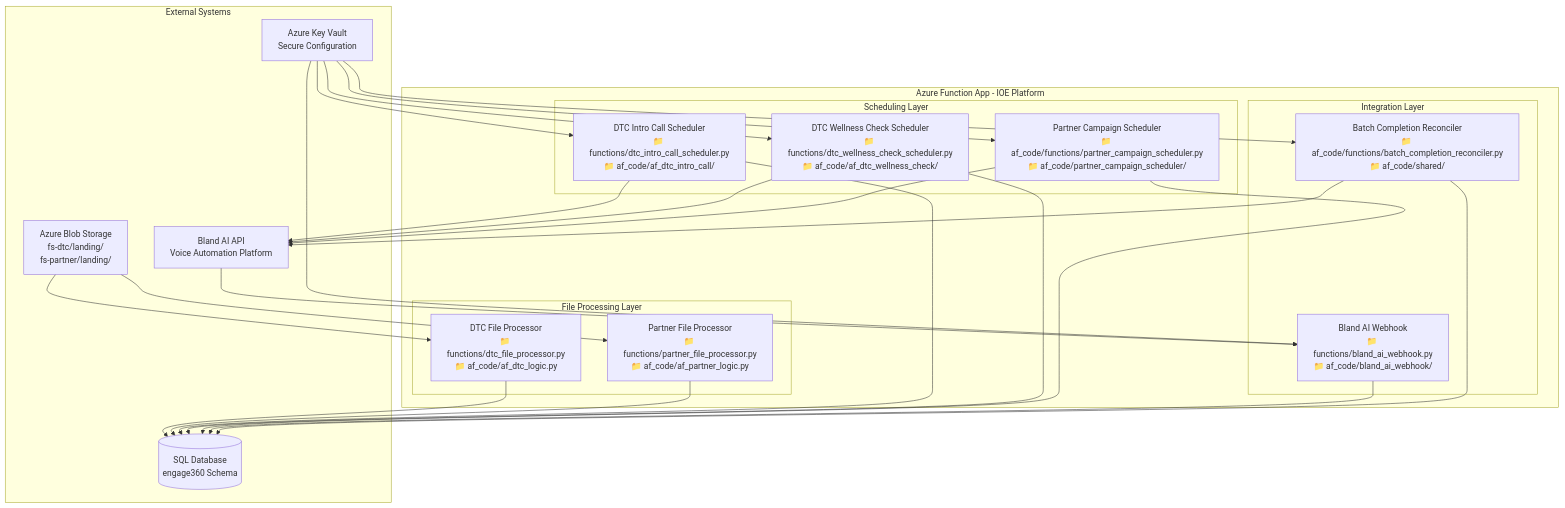
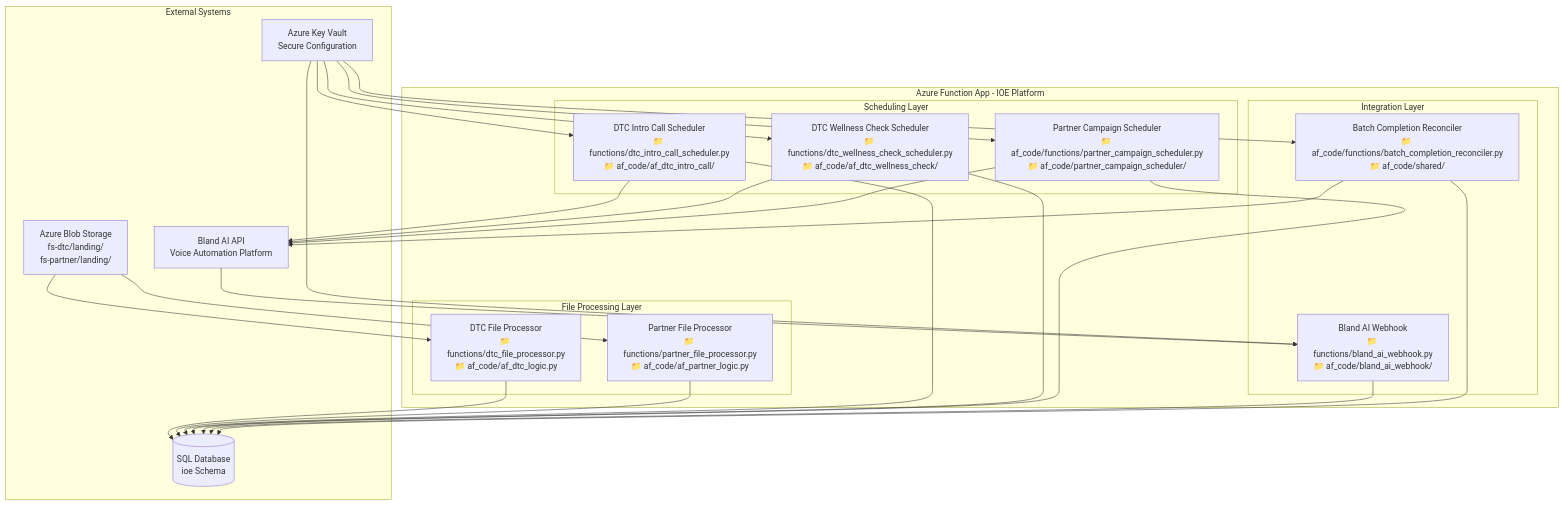
Before and after one commit to Medical-Guardian/IOE-SERVICES-DEV: the first of 18 diagrams in IOE_AZURE_FUNCTIONS_COMPREHENSIVE_DOCUMENTATION.md, drawn with Mermaid. The commit also changed other lines of this file and 396 other files, not shown here.

````diff
--- a/IOE_AZURE_FUNCTIONS_COMPREHENSIVE_DOCUMENTATION.md
+++ b/IOE_AZURE_FUNCTIONS_COMPREHENSIVE_DOCUMENTATION.md
@@ -24,49 +24,49 @@
 ```mermaid
 graph TB
     subgraph "Azure Function App - IOE Platform"
         subgraph "File Processing Layer"
             DTC_FP[DTC File Processor<br/>📁 functions/dtc_file_processor.py<br/>📁 af_code/af_dtc_logic.py]
             PART_FP[Partner File Processor<br/>📁 functions/partner_file_processor.py<br/>📁 af_code/af_partner_logic.py]
         end
         
         subgraph "Scheduling Layer"
             DTC_IC[DTC Intro Call Scheduler<br/>📁 functions/dtc_intro_call_scheduler.py<br/>📁 af_code/af_dtc_intro_call/]
             DTC_WC[DTC Wellness Check Scheduler<br/>📁 functions/dtc_wellness_check_scheduler.py<br/>📁 af_code/af_dtc_wellness_check/] 
             PART_CS[Partner Campaign Scheduler<br/>📁 af_code/functions/partner_campaign_scheduler.py<br/>📁 af_code/partner_campaign_scheduler/]
         end
         
         subgraph "Integration Layer"
             BLAND_WH[Bland AI Webhook<br/>📁 functions/bland_ai_webhook.py<br/>📁 af_code/bland_ai_webhook/]
             BATCH_RC[Batch Completion Reconciler<br/>📁 af_code/functions/batch_completion_reconciler.py<br/>📁 af_code/shared/]
         end
     end
     
     subgraph "External Systems"
         AZURE_BLOB[Azure Blob Storage<br/>fs-dtc/landing/<br/>fs-partner/landing/]
         BLAND_AI[Bland AI API<br/>Voice Automation Platform]
-        SQL_DB[(SQL Database<br/>engage360 Schema)]
+        SQL_DB[(SQL Database<br/>ioe Schema)]
         KEY_VAULT[Azure Key Vault<br/>Secure Configuration]
     end
     
     AZURE_BLOB --> DTC_FP
     AZURE_BLOB --> PART_FP
     DTC_IC --> BLAND_AI
     DTC_WC --> BLAND_AI
     PART_CS --> BLAND_AI
     BLAND_AI --> BLAND_WH
     BATCH_RC --> BLAND_AI
     
     DTC_FP --> SQL_DB
     PART_FP --> SQL_DB
     DTC_IC --> SQL_DB
     DTC_WC --> SQL_DB
     PART_CS --> SQL_DB
     BLAND_WH --> SQL_DB
     BATCH_RC --> SQL_DB
     
     KEY_VAULT --> DTC_IC
     KEY_VAULT --> DTC_WC
     KEY_VAULT --> PART_CS
     KEY_VAULT --> BLAND_WH
     KEY_VAULT --> BATCH_RC
 ```
````
